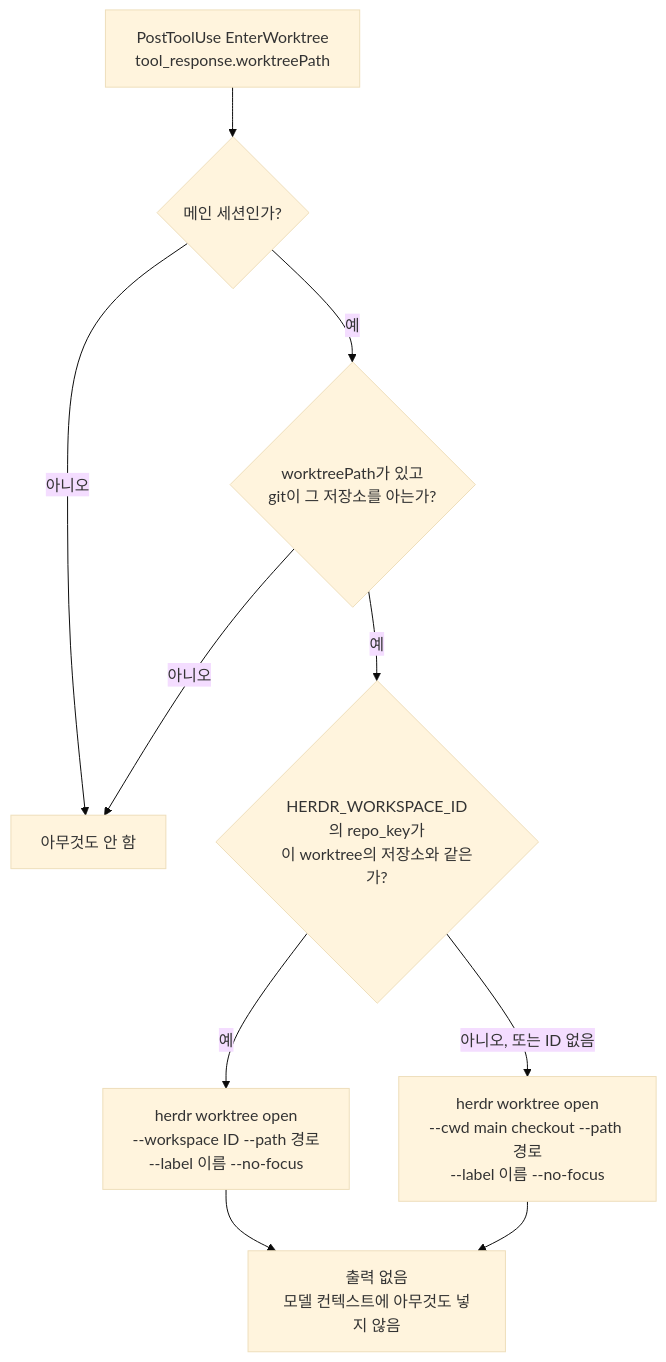
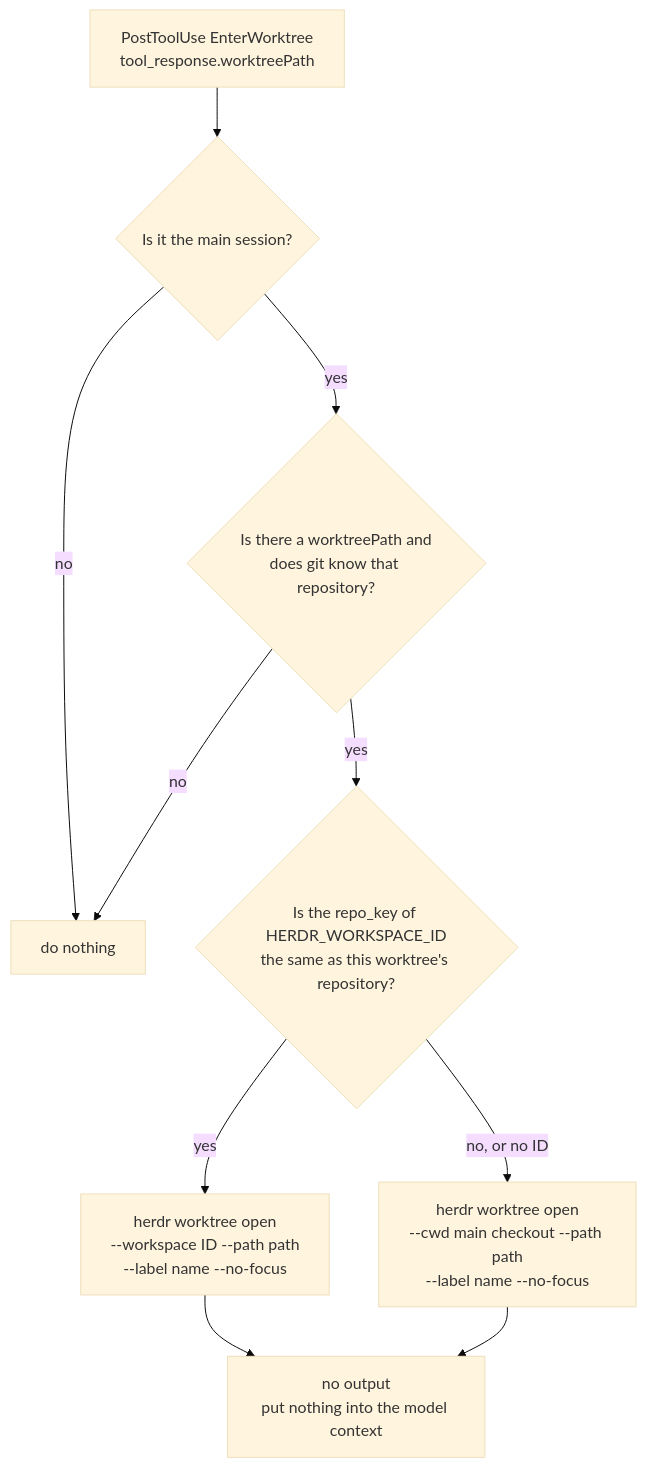
Before and after one commit to nyjin/herdr-skills: the second of 3 diagrams in docs/superpowers/specs/2026-10-13-register-claude-worktrees-design.md, drawn with Mermaid (base theme). The commit also changed other lines of this file and 10 other files, not shown here.

````diff
--- a/docs/superpowers/specs/2026-10-13-register-claude-worktrees-design.md
+++ b/docs/superpowers/specs/2026-10-13-register-claude-worktrees-design.md
@@ -72,12 +72,12 @@
 ```mermaid
 flowchart TD
-    A["PostToolUse EnterWorktree<br/>tool_response.worktreePath"] --> M{"메인 세션인가?"}
-    M -->|아니오| X["아무것도 안 함"]
-    M -->|예| P{"worktreePath가 있고<br/>git이 그 저장소를 아는가?"}
-    P -->|아니오| X
-    P -->|예| B{"HERDR_WORKSPACE_ID의 repo_key가<br/>이 worktree의 저장소와 같은가?"}
-    B -->|예| H1["herdr worktree open<br/>--workspace ID --path 경로<br/>--label 이름 --no-focus"]
-    B -->|아니오, 또는 ID 없음| H2["herdr worktree open<br/>--cwd main checkout --path 경로<br/>--label 이름 --no-focus"]
-    H1 --> O["출력 없음<br/>모델 컨텍스트에 아무것도 넣지 않음"]
+    A["PostToolUse EnterWorktree<br/>tool_response.worktreePath"] --> M{"Is it the main session?"}
+    M -->|no| X["do nothing"]
+    M -->|yes| P{"Is there a worktreePath and<br/>does git know that repository?"}
+    P -->|no| X
+    P -->|yes| B{"Is the repo_key of HERDR_WORKSPACE_ID<br/>the same as this worktree's repository?"}
+    B -->|yes| H1["herdr worktree open<br/>--workspace ID --path path<br/>--label name --no-focus"]
+    B -->|no, or no ID| H2["herdr worktree open<br/>--cwd main checkout --path path<br/>--label name --no-focus"]
+    H1 --> O["no output<br/>put nothing into the model context"]
     H2 --> O
 ```
````
